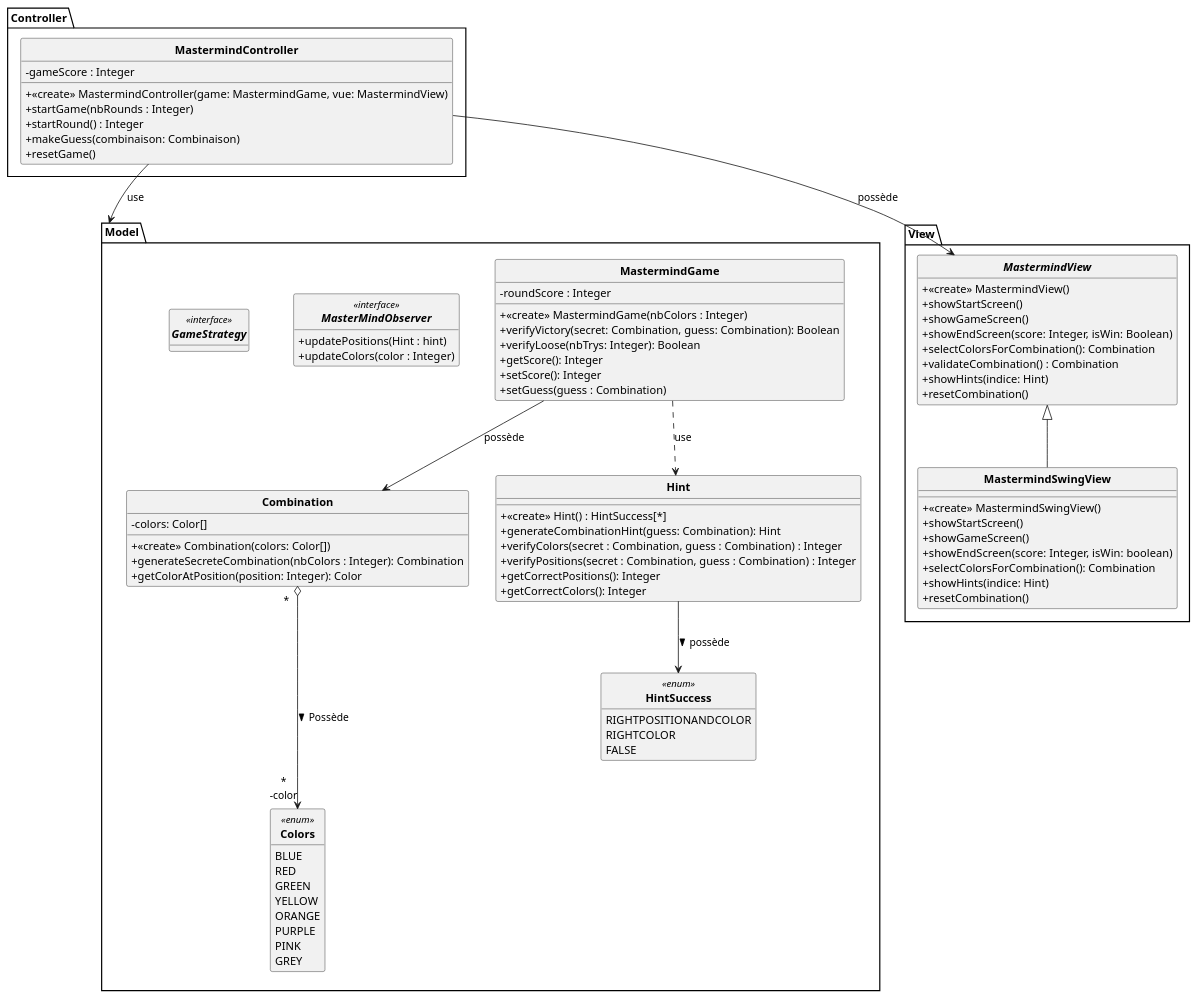
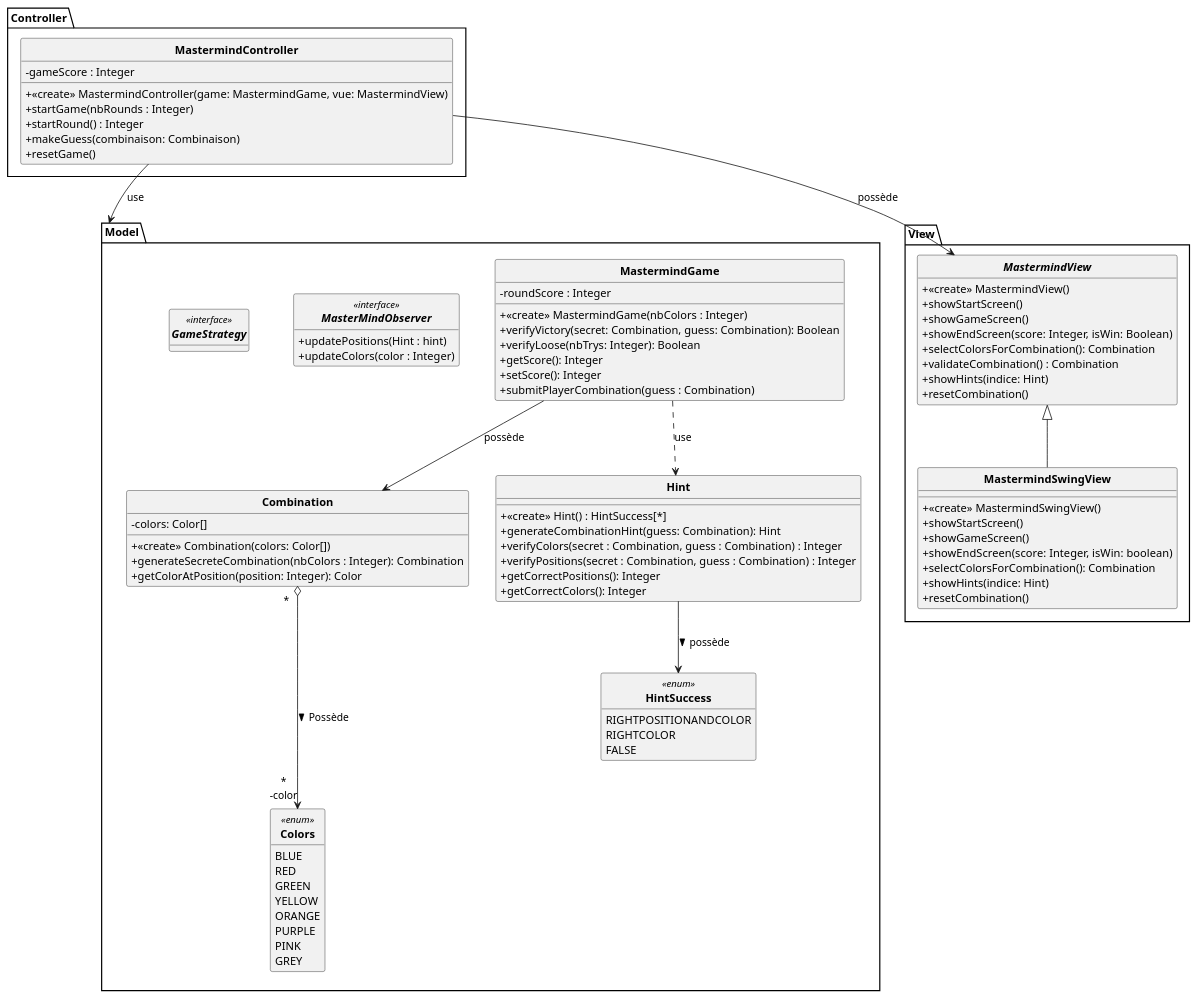
The diagram in DCC.puml (Taijin4/Mastermind), drawn with PlantUML before and after one commit.

Commit message:
Modifs DCC

```diff
--- a/DCC.puml
+++ b/DCC.puml
@@ -1,112 +1,112 @@
 @startuml
 
 skinparam style strictuml
 skinparam classAttributeIconSize 0
 skinparam classFontStyle Bold
 hide enum methods
 hide interface attributes
 
 package Model {
 
     class MastermindGame {
         - roundScore : Integer
         + <<create>> MastermindGame(nbColors : Integer)
         + verifyVictory(secret: Combination, guess: Combination): Boolean
         + verifyLoose(nbTrys: Integer): Boolean
         + getScore(): Integer
         + setScore(): Integer
-        + setGuess(guess : Combination)
+        + submitPlayerCombination(guess : Combination)
     }
 
     class Combination {
         - colors: Color[]
         + <<create>> Combination(colors: Color[])
         + generateSecreteCombination(nbColors : Integer): Combination
         + getColorAtPosition(position: Integer): Color
     }
 
     class Hint {
         + <<create>> Hint() : HintSuccess[*]
         + generateCombinationHint(guess: Combination): Hint
         + verifyColors(secret : Combination, guess : Combination) : Integer
         + verifyPositions(secret : Combination, guess : Combination) : Integer
         + getCorrectPositions(): Integer
         + getCorrectColors(): Integer
     }
 
     enum Colors <<enum>>{
         BLUE
         RED
         GREEN
         YELLOW
         ORANGE
         PURPLE
         PINK
         GREY
     }
 
     interface MasterMindObserver <<interface>>{
         + updatePositions(Hint : hint)
         + updateColors(color : Integer)
     }
 
     enum HintSuccess <<enum>>{
         RIGHTPOSITIONANDCOLOR
         RIGHTCOLOR
         FALSE
     }
 
     interface GameStrategy <<interface>> {
 
     }
 
 
 
 }
 
 
 package View {
 
     interface MastermindView {
         + <<create>> MastermindView()
         + showStartScreen()
         + showGameScreen()
         + showEndScreen(score: Integer, isWin: Boolean)
         + selectColorsForCombination(): Combination
         + validateCombination() : Combination
         + showHints(indice: Hint)
         + resetCombination()
     }
 
     class MastermindSwingView extends MastermindView{
         + <<create>> MastermindSwingView()
         + showStartScreen()
         + showGameScreen()
         + showEndScreen(score: Integer, isWin: boolean)
         + selectColorsForCombination(): Combination
         + showHints(indice: Hint)
         + resetCombination()
     }
 
 }
 
 package Controller {
 
     class MastermindController {
         - gameScore : Integer
         + <<create>> MastermindController(game: MastermindGame, vue: MastermindView)
         + startGame(nbRounds : Integer)
         + startRound() : Integer
         + makeGuess(combinaison: Combinaison)
         + resetGame()
     }
 
 }
 
 MastermindGame ..> Hint : use
 MastermindGame --> Combination : possède
 MastermindController -->  Model : use
 MastermindController --> MastermindView : possède
 Combination " *   " o---> "*\n-color" Colors : Possède >
 Hint --> HintSuccess : possède >
 @enduml
```
